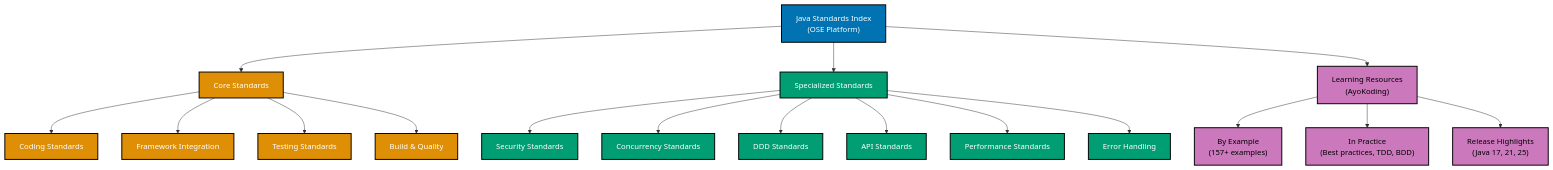
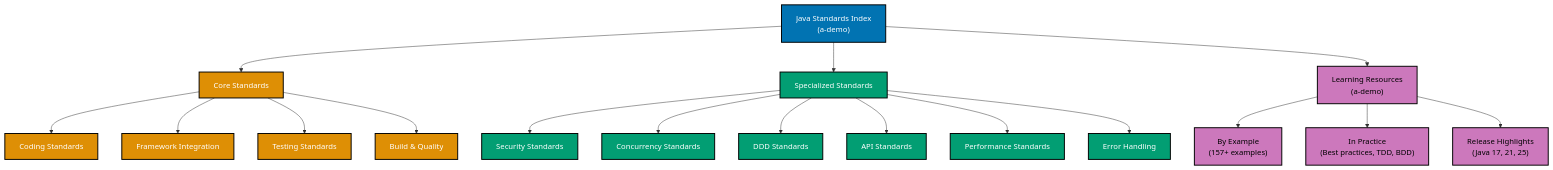
Before and after one commit to wahidyankf/ose-primer: the diagram in docs/explanation/software-engineering/programming-languages/java/README.md, drawn with Mermaid. The commit also changed other lines of this file and 397 other files, not shown here.

````diff
--- a/docs/explanation/software-engineering/programming-languages/java/README.md
+++ b/docs/explanation/software-engineering/programming-languages/java/README.md
@@ -148,35 +148,35 @@
 ```mermaid
 %% Color Palette: Blue #0173B2, Orange #DE8F05, Teal #029E73, Purple #CC78BC
 %% All colors are color-blind friendly and meet WCAG AA contrast standards
 
 graph TD
-    A["Java Standards Index<br/>(OSE Platform)"]:::blue
+    A["Java Standards Index<br/>(a-demo)"]:::blue
     B["Core Standards"]:::orange
     C["Specialized Standards"]:::teal
-    D["Learning Resources<br/>(AyoKoding)"]:::purple
+    D["Learning Resources<br/>(a-demo)"]:::purple
 
     A --> B
     A --> C
     A --> D
 
     B --> E["Coding Standards"]:::orange
     B --> F["Framework Integration"]:::orange
     B --> G["Testing Standards"]:::orange
     B --> H["Build & Quality"]:::orange
 
     C --> I["Security Standards"]:::teal
     C --> J["Concurrency Standards"]:::teal
     C --> K["DDD Standards"]:::teal
     C --> L["API Standards"]:::teal
     C --> M["Performance Standards"]:::teal
     C --> N["Error Handling"]:::teal
 
     D --> O["By Example<br/>(157+ examples)"]:::purple
     D --> P["In Practice<br/>(Best practices, TDD, BDD)"]:::purple
     D --> Q["Release Highlights<br/>(Java 17, 21, 25)"]:::purple
 
     classDef blue fill:#0173B2,stroke:#000000,color:#FFFFFF,stroke-width:2px
     classDef orange fill:#DE8F05,stroke:#000000,color:#FFFFFF,stroke-width:2px
     classDef teal fill:#029E73,stroke:#000000,color:#FFFFFF,stroke-width:2px
     classDef purple fill:#CC78BC,stroke:#000000,color:#000000,stroke-width:2px
 ```
````
